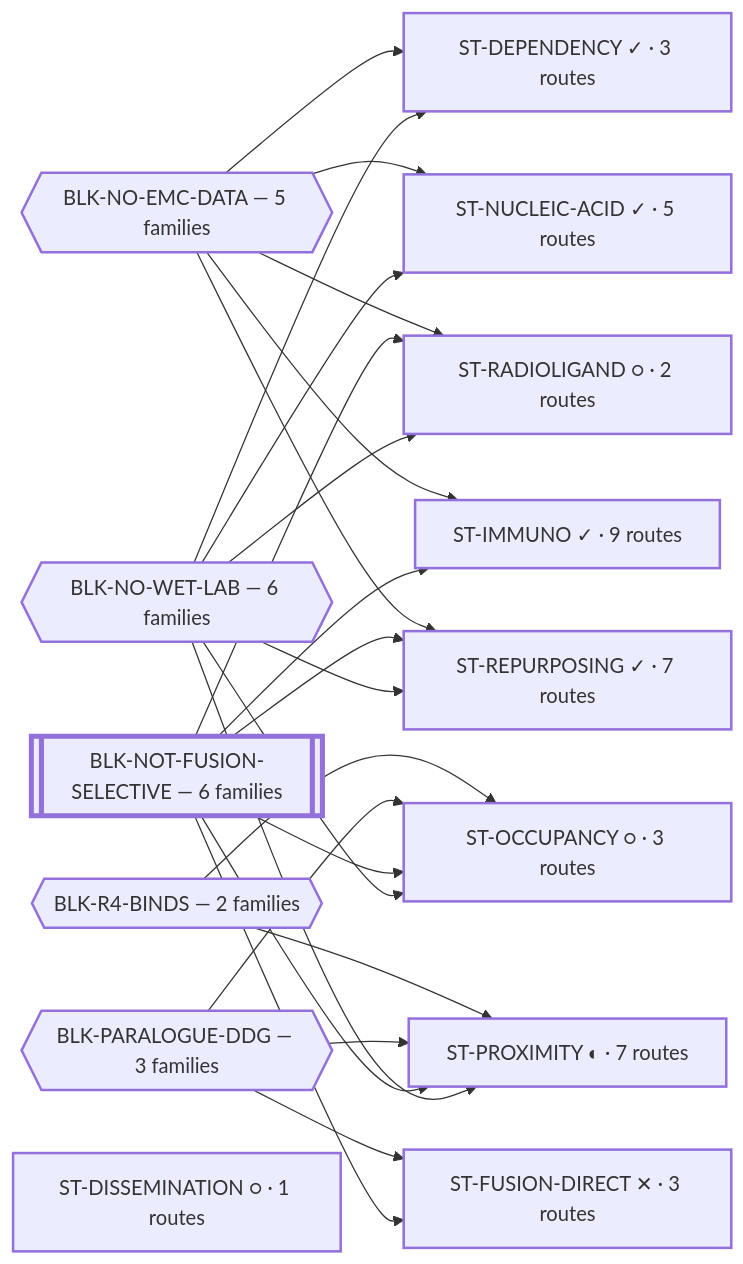
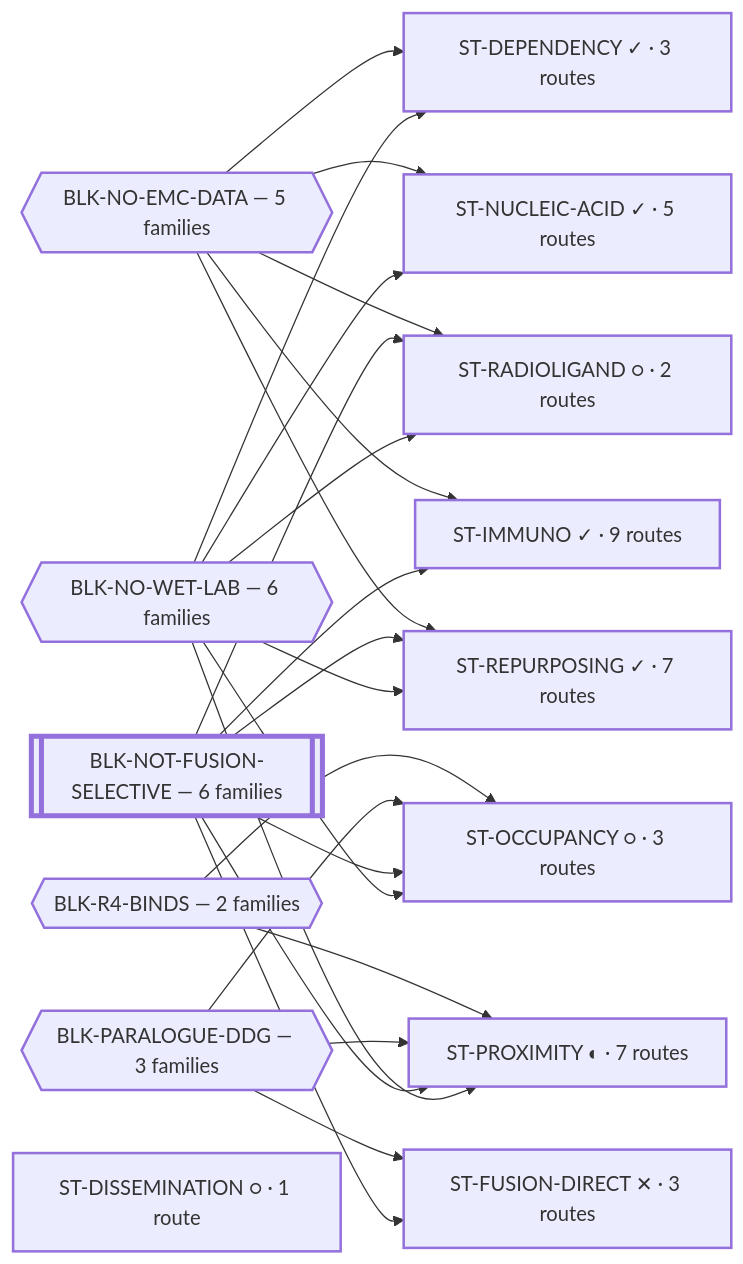
The diagram in systems/views/L0-ecosystem.md (trimcrae/Rare-cancers), drawn with Mermaid before and after one commit. The commit also changed other lines of this file and 2 other files, not shown here.

````diff
--- a/systems/views/L0-ecosystem.md
+++ b/systems/views/L0-ecosystem.md
@@ -31,45 +33,45 @@
 ```mermaid
 flowchart LR
   BLK_NO_WET_LAB{{"BLK-NO-WET-LAB — 6 families"}}:::blk
   BLK_NOT_FUSION_SELECTIVE[["BLK-NOT-FUSION-SELECTIVE — 6 families"]]:::perm
   BLK_NO_EMC_DATA{{"BLK-NO-EMC-DATA — 5 families"}}:::blk
   BLK_PARALOGUE_DDG{{"BLK-PARALOGUE-DDG — 3 families"}}:::blk
   BLK_R4_BINDS{{"BLK-R4-BINDS — 2 families"}}:::blk
 
   ST_IMMUNO["ST-IMMUNO ✓ · 9 routes"]:::fam
   ST_PROXIMITY["ST-PROXIMITY ◐ · 7 routes"]:::fam
   ST_REPURPOSING["ST-REPURPOSING ✓ · 7 routes"]:::fam
   ST_NUCLEIC_ACID["ST-NUCLEIC-ACID ✓ · 5 routes"]:::fam
   ST_DEPENDENCY["ST-DEPENDENCY ✓ · 3 routes"]:::fam
   ST_FUSION_DIRECT["ST-FUSION-DIRECT ✕ · 3 routes"]:::fam
   ST_OCCUPANCY["ST-OCCUPANCY ○ · 3 routes"]:::fam
   ST_RADIOLIGAND["ST-RADIOLIGAND ○ · 2 routes"]:::fam
-  ST_DISSEMINATION["ST-DISSEMINATION ○ · 1 routes"]:::fam
+  ST_DISSEMINATION["ST-DISSEMINATION ○ · 1 route"]:::fam
 
   BLK_NO_WET_LAB --> ST_DEPENDENCY
   BLK_NO_WET_LAB --> ST_NUCLEIC_ACID
   BLK_NO_WET_LAB --> ST_OCCUPANCY
   BLK_NO_WET_LAB --> ST_PROXIMITY
   BLK_NO_WET_LAB --> ST_RADIOLIGAND
   BLK_NO_WET_LAB --> ST_REPURPOSING
   BLK_NOT_FUSION_SELECTIVE --> ST_FUSION_DIRECT
   BLK_NOT_FUSION_SELECTIVE --> ST_IMMUNO
   BLK_NOT_FUSION_SELECTIVE --> ST_OCCUPANCY
   BLK_NOT_FUSION_SELECTIVE --> ST_PROXIMITY
   BLK_NOT_FUSION_SELECTIVE --> ST_RADIOLIGAND
   BLK_NOT_FUSION_SELECTIVE --> ST_REPURPOSING
   BLK_NO_EMC_DATA --> ST_DEPENDENCY
   BLK_NO_EMC_DATA --> ST_IMMUNO
   BLK_NO_EMC_DATA --> ST_NUCLEIC_ACID
   BLK_NO_EMC_DATA --> ST_RADIOLIGAND
   BLK_NO_EMC_DATA --> ST_REPURPOSING
   BLK_PARALOGUE_DDG --> ST_FUSION_DIRECT
   BLK_PARALOGUE_DDG --> ST_OCCUPANCY
   BLK_PARALOGUE_DDG --> ST_PROXIMITY
   BLK_R4_BINDS --> ST_OCCUPANCY
   BLK_R4_BINDS --> ST_PROXIMITY
   classDef fam stroke-width:2px;
   classDef blk stroke-width:2px;
   classDef perm stroke-width:4px;
   classDef tech stroke-width:1px,stroke-dasharray:4 3;
 ```
````
